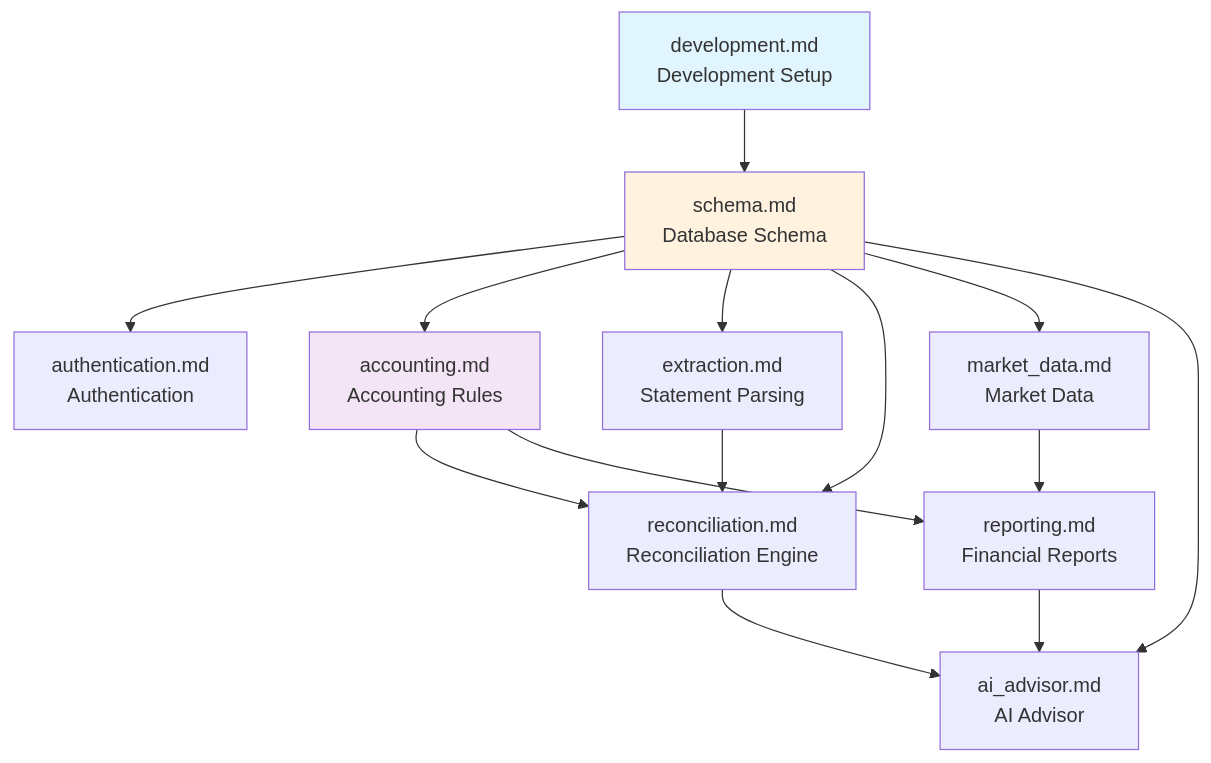
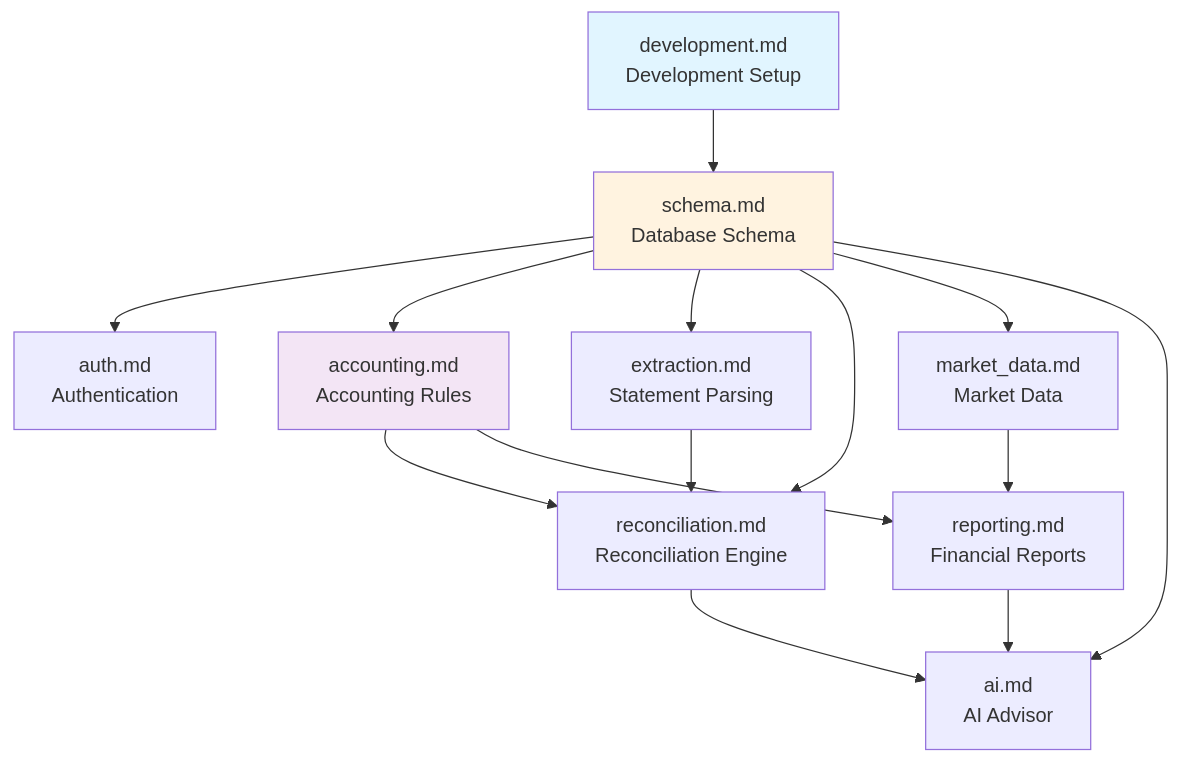
Before and after one commit to wangzitian0/finance_report: the diagram in docs/ssot/README.md, drawn with Mermaid. The commit also changed other lines of this file and 74 other files, not shown here.

````diff
--- a/docs/ssot/README.md
+++ b/docs/ssot/README.md
@@ -55,21 +55,21 @@
 ```mermaid
 flowchart TD
     development[development.md<br/>Development Setup] --> schema[schema.md<br/>Database Schema]
-    schema --> authentication[authentication.md<br/>Authentication]
+    schema --> auth[auth.md<br/>Authentication]
     schema --> accounting[accounting.md<br/>Accounting Rules]
     schema --> extraction[extraction.md<br/>Statement Parsing]
     schema --> reconciliation[reconciliation.md<br/>Reconciliation Engine]
     schema --> market_data[market_data.md<br/>Market Data]
-    schema --> ai_advisor[ai_advisor.md<br/>AI Advisor]
+    schema --> ai[ai.md<br/>AI Advisor]
     
     extraction --> reconciliation
     accounting --> reconciliation
     accounting --> reporting[reporting.md<br/>Financial Reports]
     market_data --> reporting
-    reporting --> ai_advisor
-    reconciliation --> ai_advisor
+    reporting --> ai
+    reconciliation --> ai
     
     style development fill:#e1f5ff
     style schema fill:#fff3e0
     style accounting fill:#f3e5f5
 ```
````
